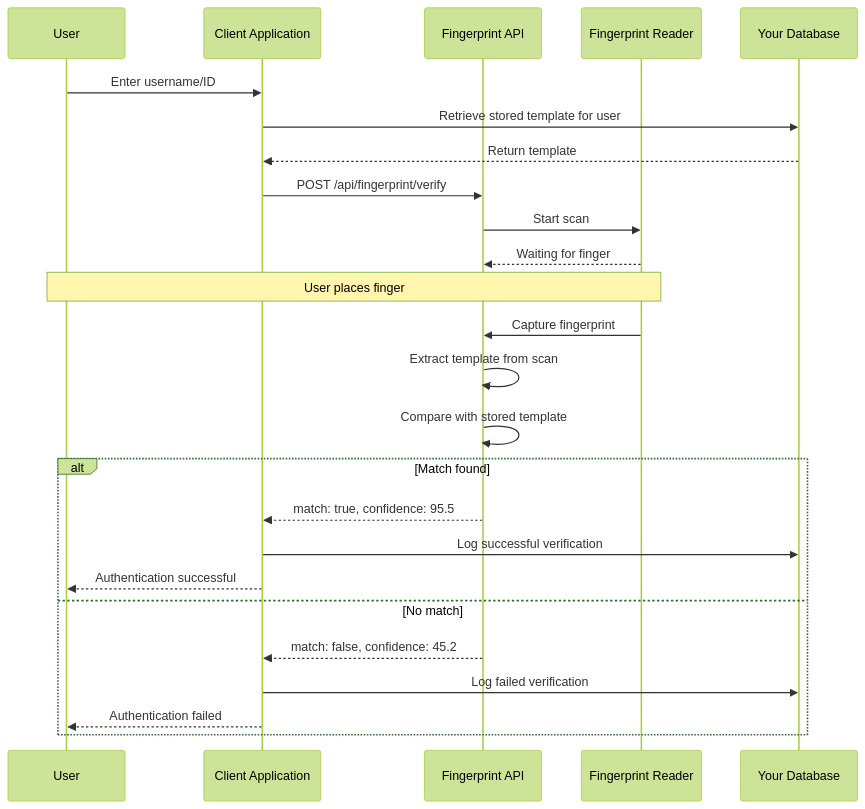
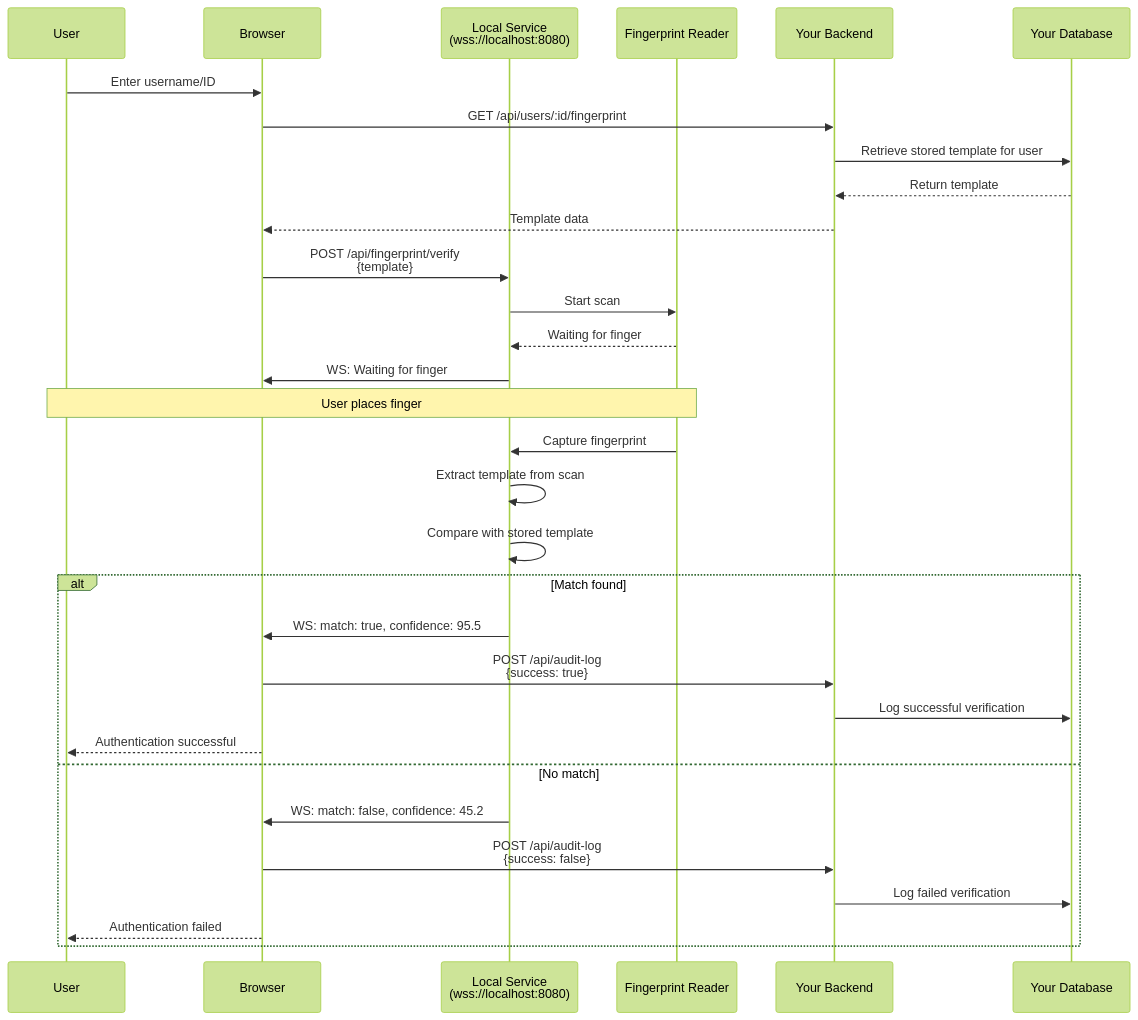
Before and after one commit to devkazuto/docs-site-fingerprint: the diagram in docs/guides/verification-flow.md, drawn with Mermaid (forest theme). The commit also changed other lines of this file and 2 other files, not shown here.

First line of the commit message:
docs(guides): Update fingerprint enrollment and verification flow documentation

````diff
--- a/docs/guides/verification-flow.md
+++ b/docs/guides/verification-flow.md
@@ -15,31 +15,37 @@
 ```mermaid
 sequenceDiagram
     participant User as User
-    participant Client as Client Application
-    participant API as Fingerprint API
+    participant Browser as Browser
+    participant Service as Local Service<br/>(wss://localhost:8080)
     participant Device as Fingerprint Reader
+    participant Backend as Your Backend
     participant DB as Your Database
 
-    User->>Client: Enter username/ID
-    Client->>DB: Retrieve stored template for user
-    DB-->>Client: Return template
+    User->>Browser: Enter username/ID
+    Browser->>Backend: GET /api/users/:id/fingerprint
+    Backend->>DB: Retrieve stored template for user
+    DB-->>Backend: Return template
+    Backend-->>Browser: Template data
     
-    Client->>API: POST /api/fingerprint/verify
-    API->>Device: Start scan
-    Device-->>API: Waiting for finger
+    Browser->>Service: POST /api/fingerprint/verify<br/>{template}
+    Service->>Device: Start scan
+    Device-->>Service: Waiting for finger
+    Service->>Browser: WS: Waiting for finger
     
     Note over User,Device: User places finger
-    Device->>API: Capture fingerprint
-    API->>API: Extract template from scan
-    API->>API: Compare with stored template
+    Device->>Service: Capture fingerprint
+    Service->>Service: Extract template from scan
+    Service->>Service: Compare with stored template
     
     alt Match found
-        API-->>Client: match: true, confidence: 95.5
-        Client->>DB: Log successful verification
-        Client-->>User: Authentication successful
+        Service->>Browser: WS: match: true, confidence: 95.5
+        Browser->>Backend: POST /api/audit-log<br/>{success: true}
+        Backend->>DB: Log successful verification
+        Browser-->>User: Authentication successful
     else No match
-        API-->>Client: match: false, confidence: 45.2
-        Client->>DB: Log failed verification
-        Client-->>User: Authentication failed
+        Service->>Browser: WS: match: false, confidence: 45.2
+        Browser->>Backend: POST /api/audit-log<br/>{success: false}
+        Backend->>DB: Log failed verification
+        Browser-->>User: Authentication failed
     end
 ```
````
